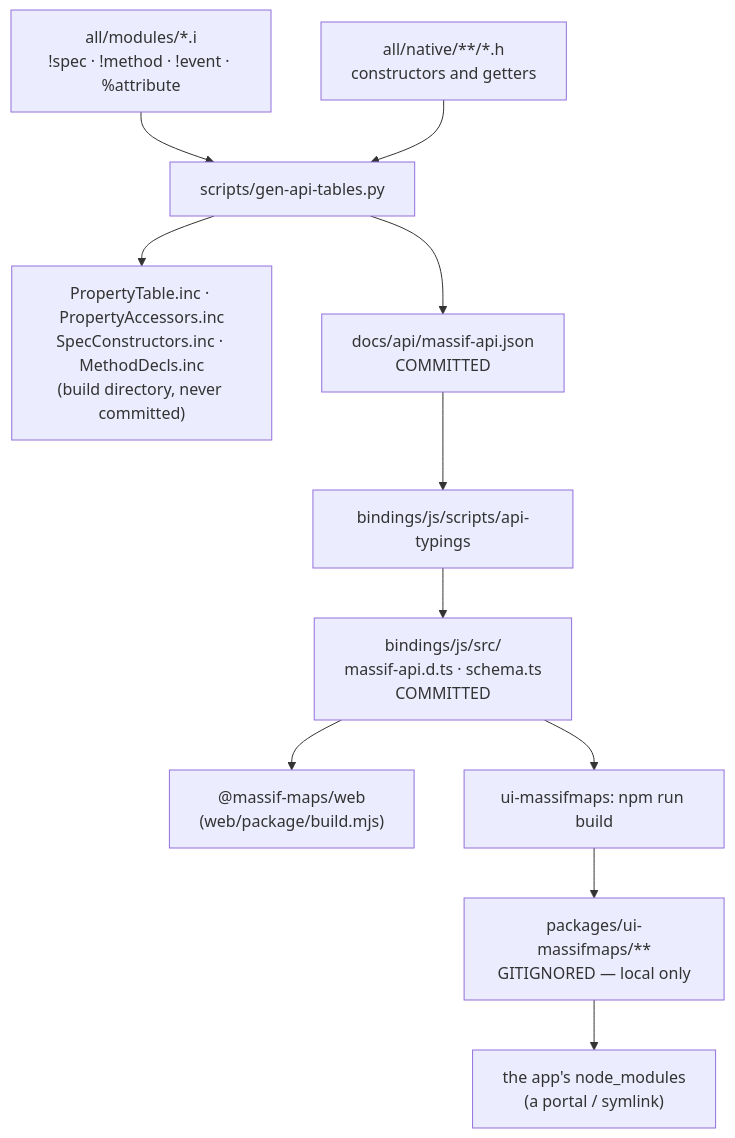
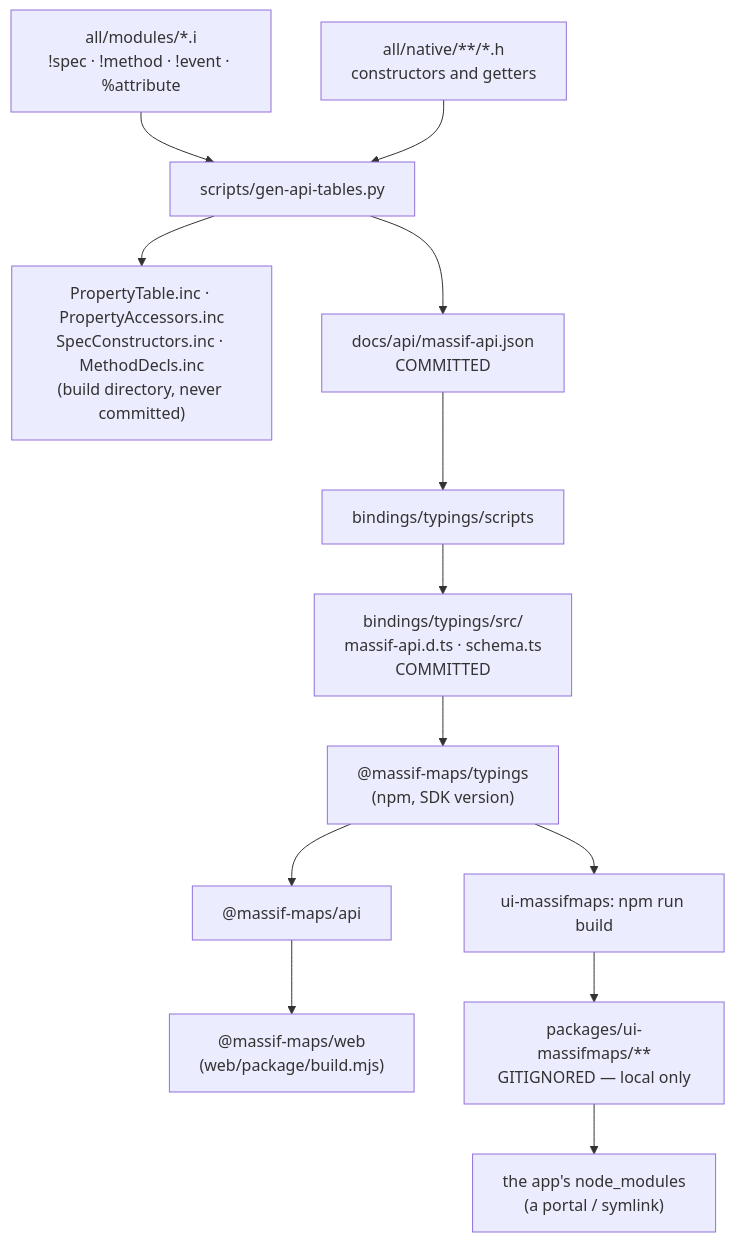
Before and after one commit to massif-maps/MassifMaps: the diagram in docs/maintenance/api-typings-chain.md, drawn with Mermaid. The commit also changed other lines of this file and 31 other files, not shown here.

First line of the commit message:
feat(api): ship the surface API typings as one @massif-maps/typings package (#497)

````diff
--- a/docs/maintenance/api-typings-chain.md
+++ b/docs/maintenance/api-typings-chain.md
@@ -15,13 +15,15 @@
 ```mermaid
 flowchart TD
   i["all/modules/*.i<br/>!spec · !method · !event · %attribute"] --> gen["scripts/gen-api-tables.py"]
   cpp["all/native/**/*.h<br/>constructors and getters"] --> gen
   gen --> inc["PropertyTable.inc · PropertyAccessors.inc<br/>SpecConstructors.inc · MethodDecls.inc<br/>(build directory, never committed)"]
   gen --> schema["docs/api/massif-api.json<br/>COMMITTED"]
-  schema --> tsgen["bindings/js/scripts/api-typings"]
-  tsgen --> srcts["bindings/js/src/<br/>massif-api.d.ts · schema.ts<br/>COMMITTED"]
-  srcts --> web["@massif-maps/web<br/>(web/package/build.mjs)"]
-  srcts --> build["ui-massifmaps: npm run build"]
+  schema --> tsgen["bindings/typings/scripts"]
+  tsgen --> srcts["bindings/typings/src/<br/>massif-api.d.ts · schema.ts<br/>COMMITTED"]
+  srcts --> typings["@massif-maps/typings<br/>(npm, SDK version)"]
+  typings --> api["@massif-maps/api"]
+  api --> web["@massif-maps/web<br/>(web/package/build.mjs)"]
+  typings --> build["ui-massifmaps: npm run build"]
   build --> pkg["packages/ui-massifmaps/**<br/>GITIGNORED — local only"]
   pkg --> app["the app's node_modules<br/>(a portal / symlink)"]
 ```
````
